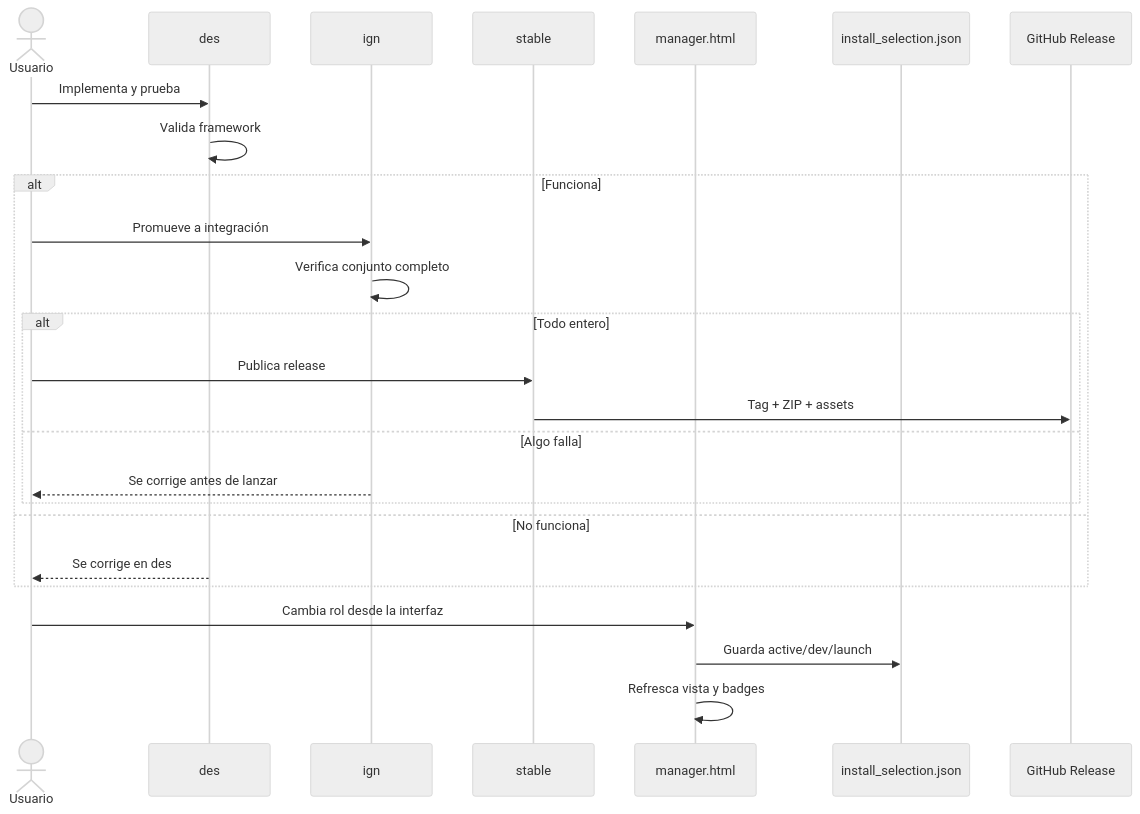
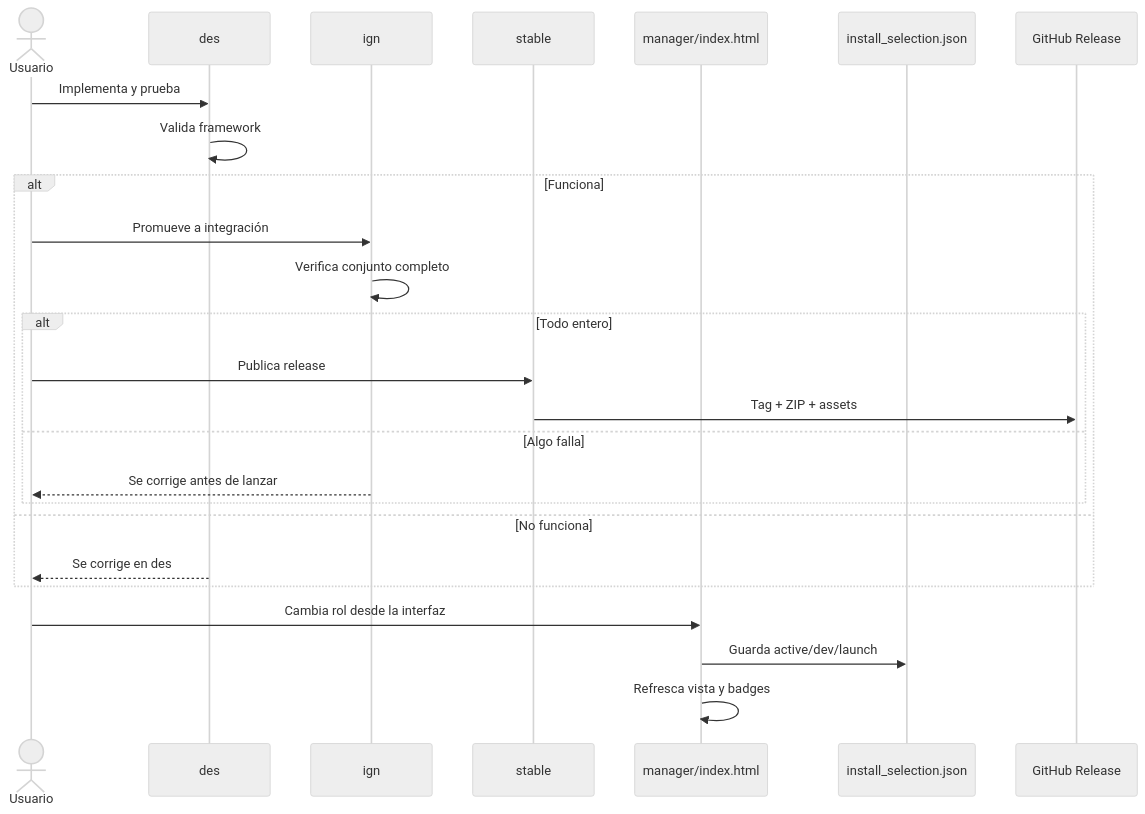
Before and after one commit to MarcValls/BAGO: the second of 7 diagrams in MANUAL.md, drawn with Mermaid (neutral theme). The commit also changed other lines of this file and 50 other files, not shown here.

````diff
--- a/MANUAL.md
+++ b/MANUAL.md
@@ -933,29 +933,29 @@
 ```mermaid
 sequenceDiagram
   actor User as Usuario
   participant Dev as des
   participant Ign as ign
   participant Stable as stable
-  participant UI as manager.html
+  participant UI as manager/index.html
   participant Roles as install_selection.json
   participant Release as GitHub Release
 
   User->>Dev: Implementa y prueba
   Dev->>Dev: Valida framework
   alt Funciona
     User->>Ign: Promueve a integración
     Ign->>Ign: Verifica conjunto completo
     alt Todo entero
       User->>Stable: Publica release
       Stable->>Release: Tag + ZIP + assets
     else Algo falla
       Ign-->>User: Se corrige antes de lanzar
     end
   else No funciona
     Dev-->>User: Se corrige en des
   end
 
   User->>UI: Cambia rol desde la interfaz
   UI->>Roles: Guarda active/dev/launch
   UI->>UI: Refresca vista y badges
 ```
````
